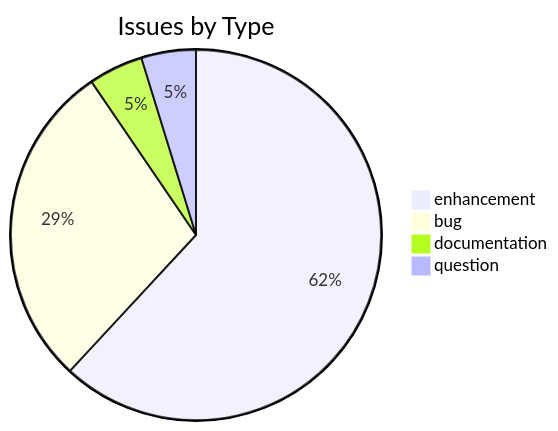
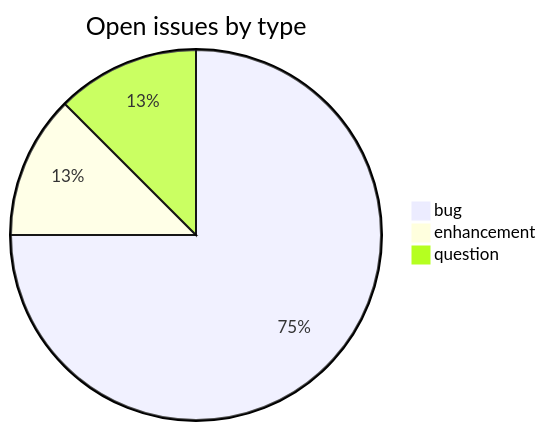
One commit to sanskrit-lexicon/csl-ldev changed the first of 2 diagrams in README.md. Above: the diagram before and after it, drawn with Mermaid. The commit also changed other lines of this file, not shown here.

````diff
--- a/README.md
+++ b/README.md
@@ -17,7 +28,6 @@
 ```mermaid
-pie title Issues by Type
-    "enhancement" : 13
+pie title Open issues by type
     "bug" : 6
-    "documentation" : 1
+    "enhancement" : 1
     "question" : 1
 ```
````
